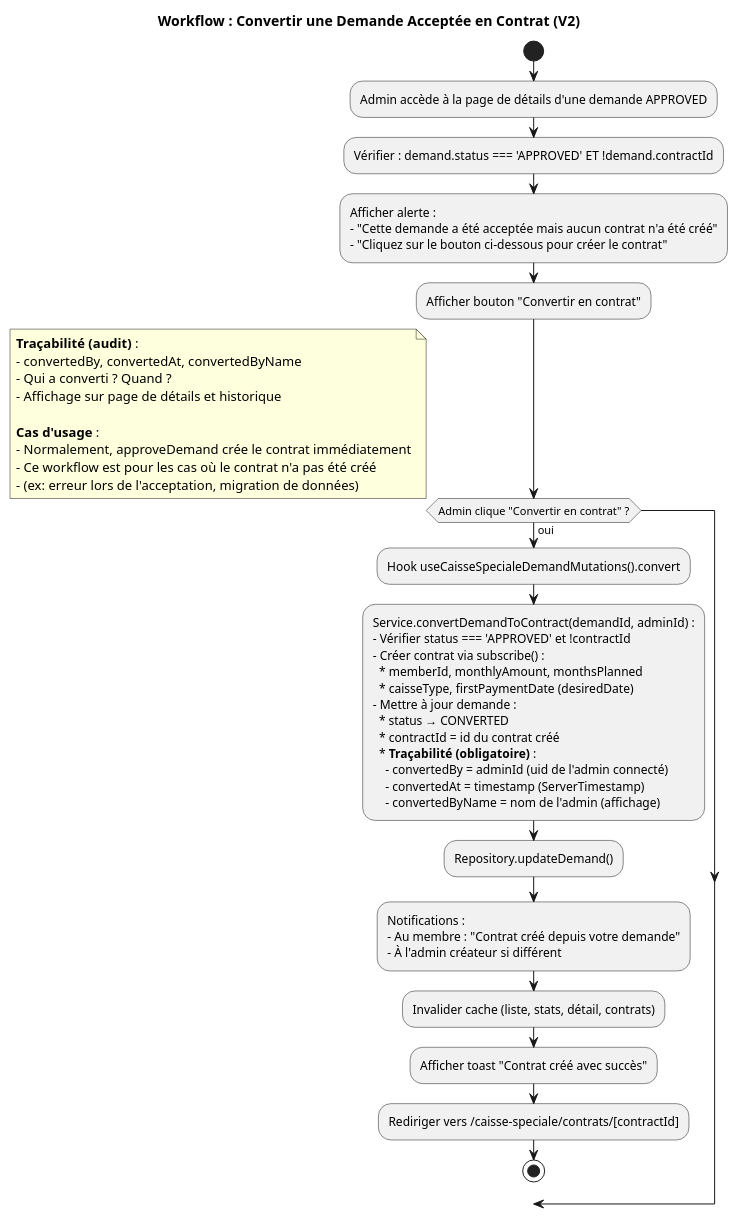
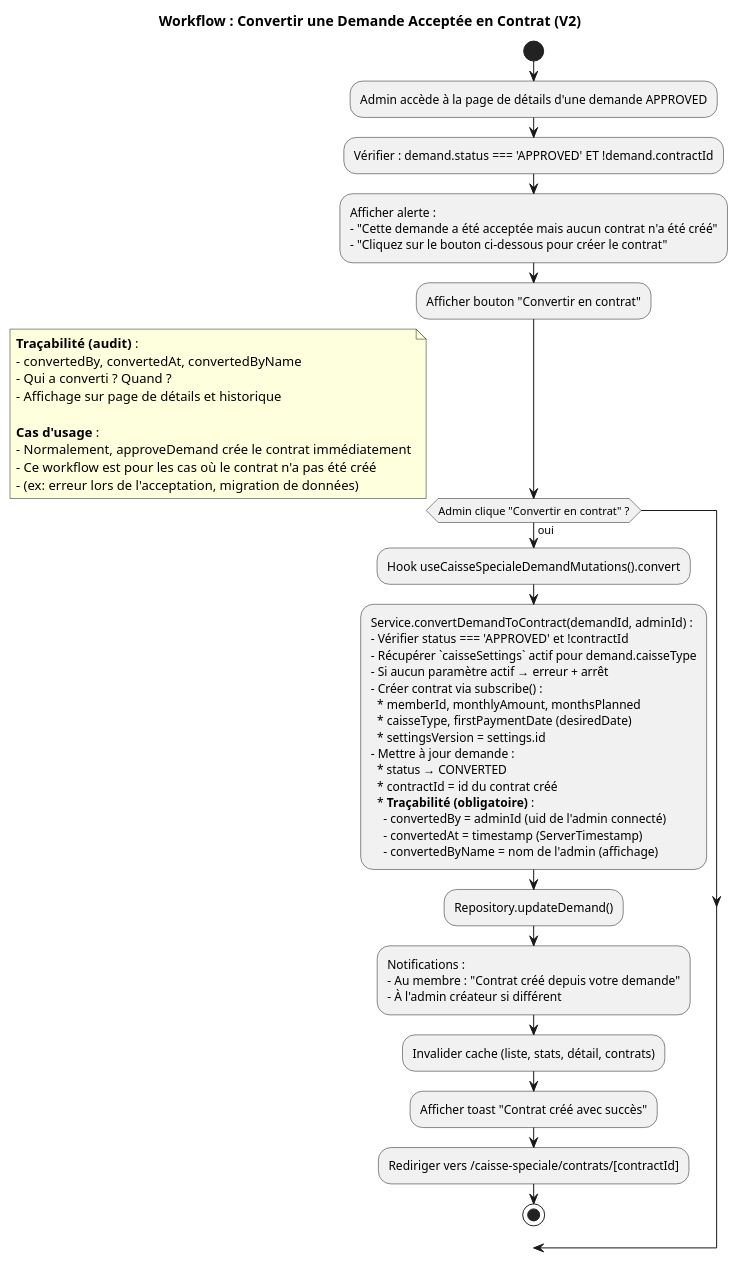
Before and after one commit to GlennEriss/kara-client-front: the diagram in documentation/caisse-speciale/V2/demandes/activite/ConvertirContrat.puml, drawn with PlantUML. The commit also changed 87 other files, not shown here.

```diff
--- a/documentation/caisse-speciale/V2/demandes/activite/ConvertirContrat.puml
+++ b/documentation/caisse-speciale/V2/demandes/activite/ConvertirContrat.puml
@@ -1,60 +1,63 @@
 @startuml ConvertirContrat
 title Workflow : Convertir une Demande Acceptée en Contrat (V2)
 ' Cas : Demande APPROVED sans contractId (création manuelle du contrat)
 
 start
 
 :Admin accède à la page de détails d'une demande APPROVED;
 
 :Vérifier : demand.status === 'APPROVED' ET !demand.contractId;
 
 :Afficher alerte :
 - "Cette demande a été acceptée mais aucun contrat n'a été créé"
 - "Cliquez sur le bouton ci-dessous pour créer le contrat";
 
 :Afficher bouton "Convertir en contrat";
 
 if (Admin clique "Convertir en contrat" ?) then (oui)
   :Hook useCaisseSpecialeDemandMutations().convert;
   
   :Service.convertDemandToContract(demandId, adminId) :
   - Vérifier status === 'APPROVED' et !contractId
+  - Récupérer `caisseSettings` actif pour demand.caisseType
+  - Si aucun paramètre actif → erreur + arrêt
   - Créer contrat via subscribe() :
     * memberId, monthlyAmount, monthsPlanned
     * caisseType, firstPaymentDate (desiredDate)
+    * settingsVersion = settings.id
   - Mettre à jour demande :
     * status → CONVERTED
     * contractId = id du contrat créé
     * **Traçabilité (obligatoire)** :
       - convertedBy = adminId (uid de l'admin connecté)
       - convertedAt = timestamp (ServerTimestamp)
       - convertedByName = nom de l'admin (affichage);
   
   :Repository.updateDemand();
   
   :Notifications :
   - Au membre : "Contrat créé depuis votre demande"
   - À l'admin créateur si différent;
   
   :Invalider cache (liste, stats, détail, contrats);
   
   :Afficher toast "Contrat créé avec succès";
   
   :Rediriger vers /caisse-speciale/contrats/[contractId];
   
   stop
 endif
 
 note right
   **Traçabilité (audit)** :
   - convertedBy, convertedAt, convertedByName
   - Qui a converti ? Quand ?
   - Affichage sur page de détails et historique
   
   **Cas d'usage** :
   - Normalement, approveDemand crée le contrat immédiatement
   - Ce workflow est pour les cas où le contrat n'a pas été créé
   - (ex: erreur lors de l'acceptation, migration de données)
 end note
 
 @enduml
```
